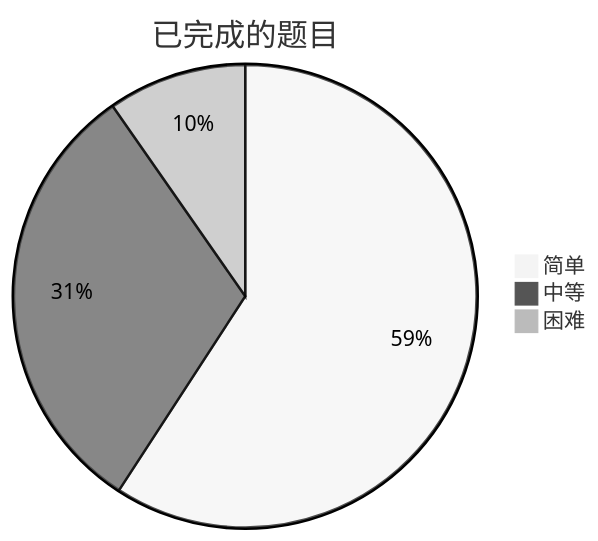
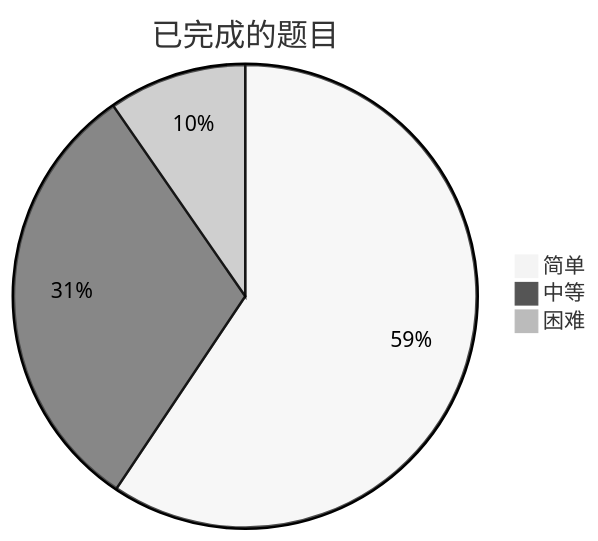
Before and after one commit to kaisa911/LeetCode: the diagram in README.md, drawn with Mermaid (neutral theme). The commit also changed other lines of this file and 1 other file, not shown here.

````diff
--- a/README.md
+++ b/README.md
@@ -12,7 +12,7 @@
 ```mermaid
 pie title 已完成的题目
-    "简单" : 116
+    "简单" : 117
     "中等" : 61
     "困难" : 19
 
 ```
````
